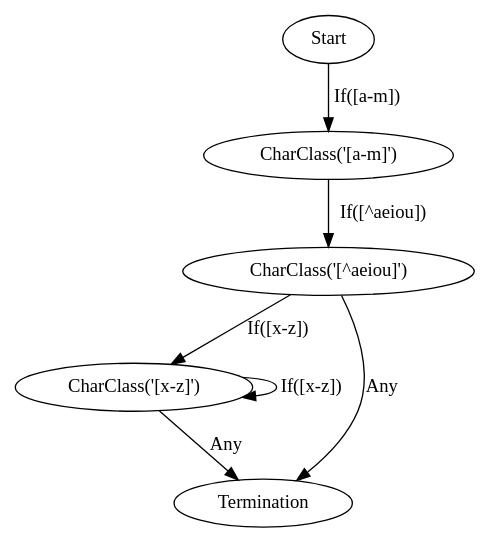
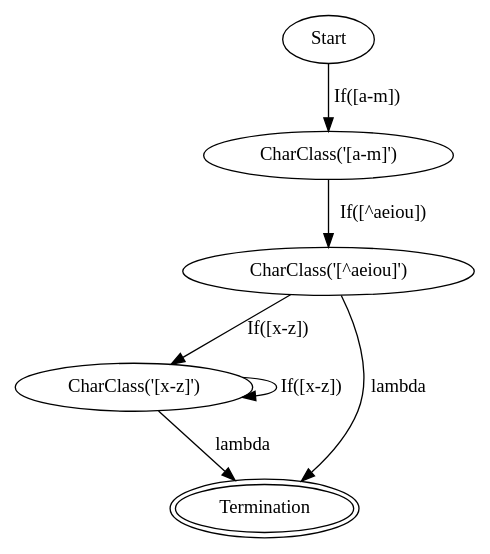
The diagram in examples/pattern4.dot (kerfmanner/Regex_FSM), drawn with Graphviz before and after one commit. The commit also changed 12 other files, not shown here.

```diff
--- a/examples/pattern4.dot
+++ b/examples/pattern4.dot
@@ -1,13 +1,13 @@
 digraph FSM {
 node0 [label="Start"];
 node0 -> node1 [label="If([a-m])"];
 node1 [label="CharClass('[a-m]')"];
 node1 -> node2 [label="If([^aeiou])"];
 node2 [label="CharClass('[^aeiou]')"];
 node2 -> node3 [label="If([x-z])"];
-node2 -> node4 [label="Any"];
+node2 -> node4 [label="lambda"];
 node3 [label="CharClass('[x-z]')"];
 node3 -> node3 [label="If([x-z])"];
-node3 -> node4 [label="Any"];
-node4 [label="Termination"];
+node3 -> node4 [label="lambda"];
+node4 [label="Termination", peripheries=2];
 }
```
